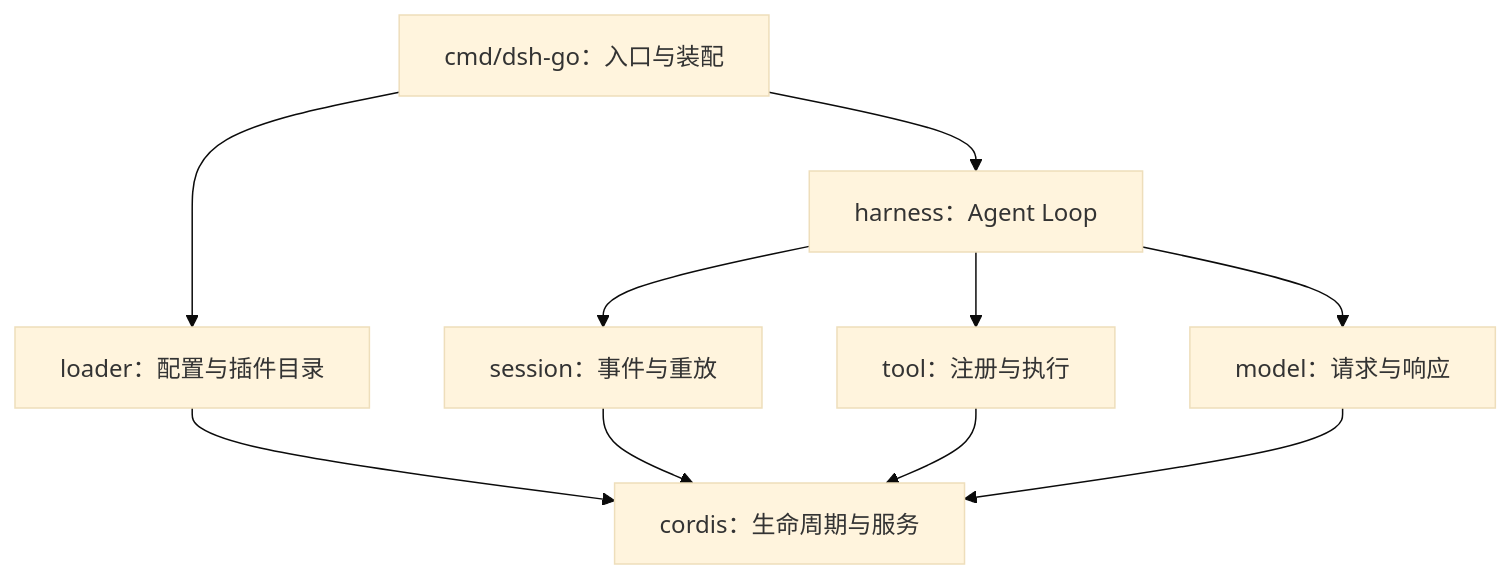
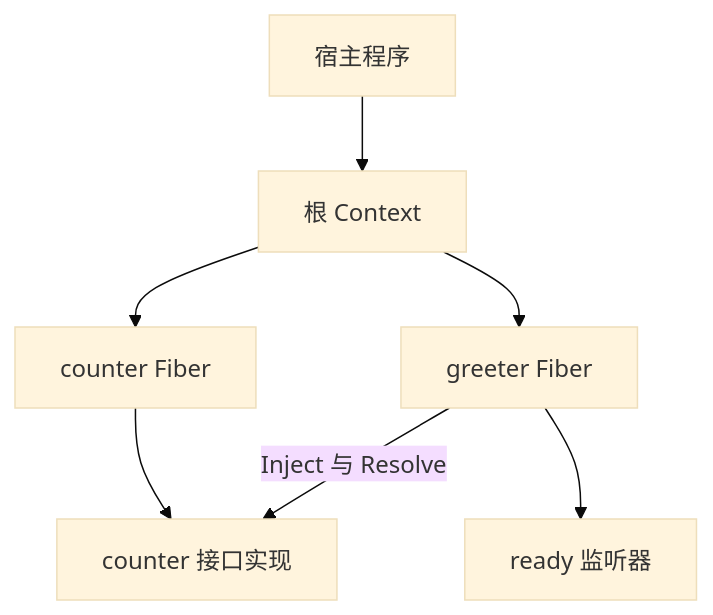
Before and after one commit to gosomea/deepseek-harness-go: the diagram in docs/architecture.md, drawn with Mermaid (base theme). The commit also changed other lines of this file and 42 other files, not shown here.

````diff
--- a/docs/architecture.md
+++ b/docs/architecture.md
@@ -9,12 +18,9 @@
 ```mermaid
 flowchart TD
-  CLI[cmd/dsh-go：入口与装配] --> Harness[harness：Agent Loop]
-  CLI --> Loader[loader：配置与插件目录]
-  Harness --> Session[session：事件与重放]
-  Harness --> Tool[tool：注册与执行]
-  Harness --> Model[model：请求与响应]
-  Loader --> Cordis[cordis：生命周期与服务]
-  Session --> Cordis
-  Tool --> Cordis
-  Model --> Cordis
+  Host[宿主程序] --> Root[根 Context]
+  Root --> Provider[counter Fiber]
+  Root --> Consumer[greeter Fiber]
+  Provider --> Service[counter 接口实现]
+  Consumer -->|Inject 与 Resolve| Service
+  Consumer --> Listener[ready 监听器]
 ```
````
